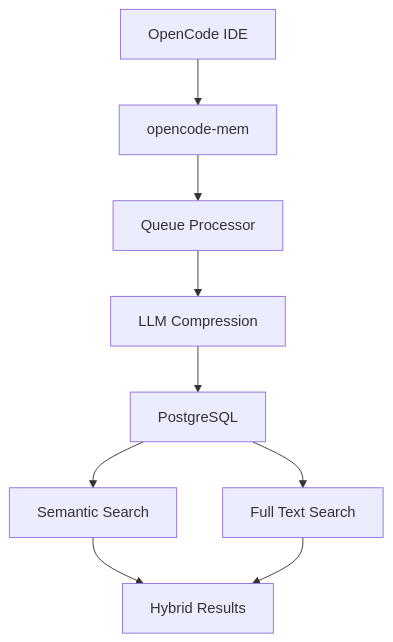
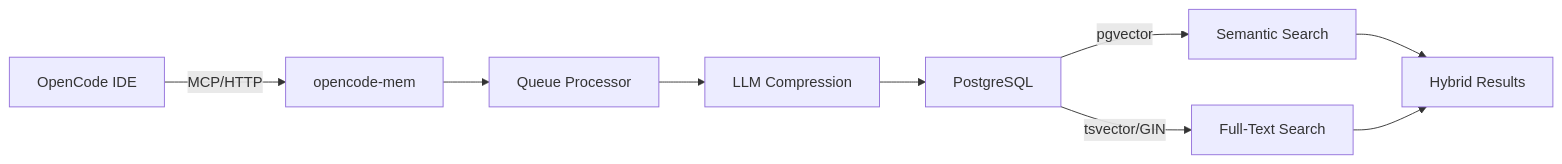
One commit to Stranmor/opencode-mem changed the diagram in README.md. Above: the diagram before and after it, drawn with Mermaid. The commit also changed other lines of this file, not shown here.

````diff
--- a/README.md
+++ b/README.md
@@ -50,11 +41,10 @@
 ```mermaid
-graph TD
-  IDE[OpenCode IDE] --> Mem[opencode-mem]
-  Mem --> Queue[Queue Processor]
-  Queue --> LLM[LLM Compression]
-  LLM --> DB[PostgreSQL]
-  DB --> SemSearch[Semantic Search]
-  DB --> FTS[Full Text Search]
-  SemSearch --> Results[Hybrid Results]
-  FTS --> Results
+graph LR
+    A[OpenCode IDE] -->|MCP/HTTP| B[opencode-mem]
+    B --> C[Queue Processor]
+    C --> D[LLM Compression]
+    D --> E[PostgreSQL]
+    E -->|pgvector| F[Semantic Search]
+    E -->|tsvector/GIN| G[Full-Text Search]
+    F & G --> H[Hybrid Results]
 ```
````
